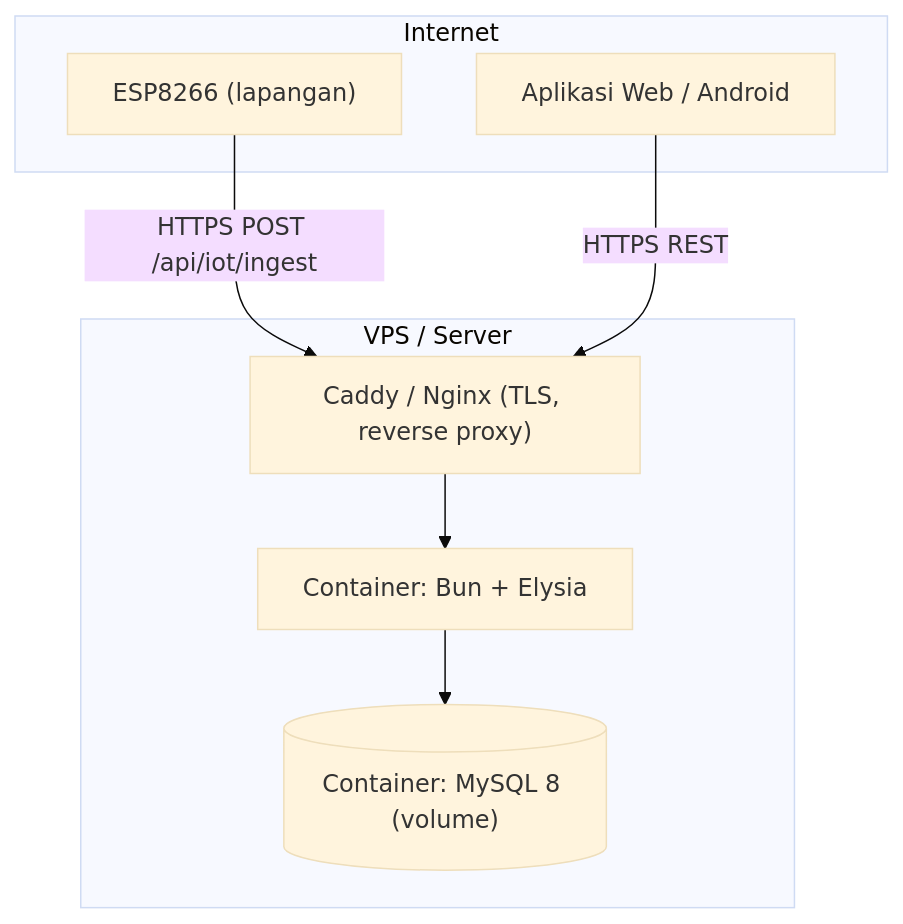
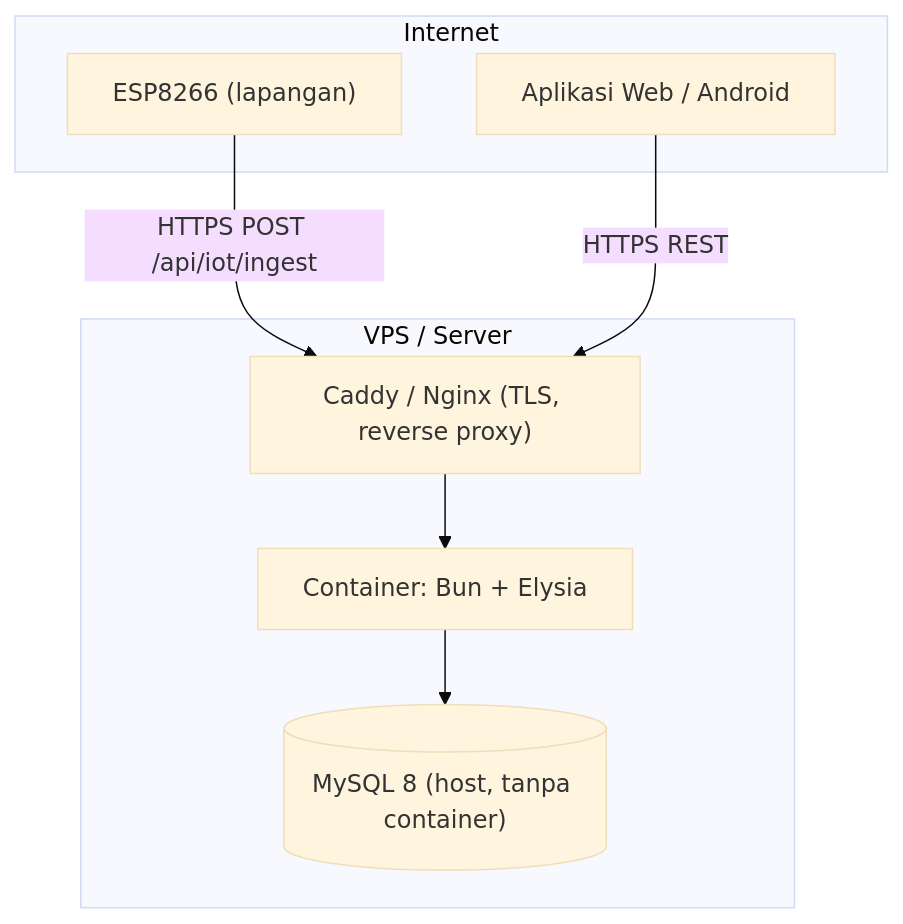
The diagram in docs/12-DEPLOYMENT.md (FarrelGhozy/SIMOHE), drawn with Mermaid (base theme) before and after one commit. The commit also changed other lines of this file and 6 other files, not shown here.

First line of the commit message:
refactor(server): MySQL lokal di host, hapus container MySQL

````diff
--- a/docs/12-DEPLOYMENT.md
+++ b/docs/12-DEPLOYMENT.md
@@ -11,16 +11,16 @@
 ```mermaid
 flowchart TB
     subgraph Internet
       ESP["ESP8266 (lapangan)"]
       UserApp["Aplikasi Web / Android"]
     end
     subgraph VPS["VPS / Server"]
       Caddy["Caddy / Nginx (TLS, reverse proxy)"]
       API["Container: Bun + Elysia"]
-      DB[("Container: MySQL 8 (volume)")]
+      DB[("MySQL 8 (host, tanpa container)")]
       Caddy --> API
       API --> DB
     end
     ESP -->|HTTPS POST /api/iot/ingest| Caddy
     UserApp -->|HTTPS REST| Caddy
 ```
````
